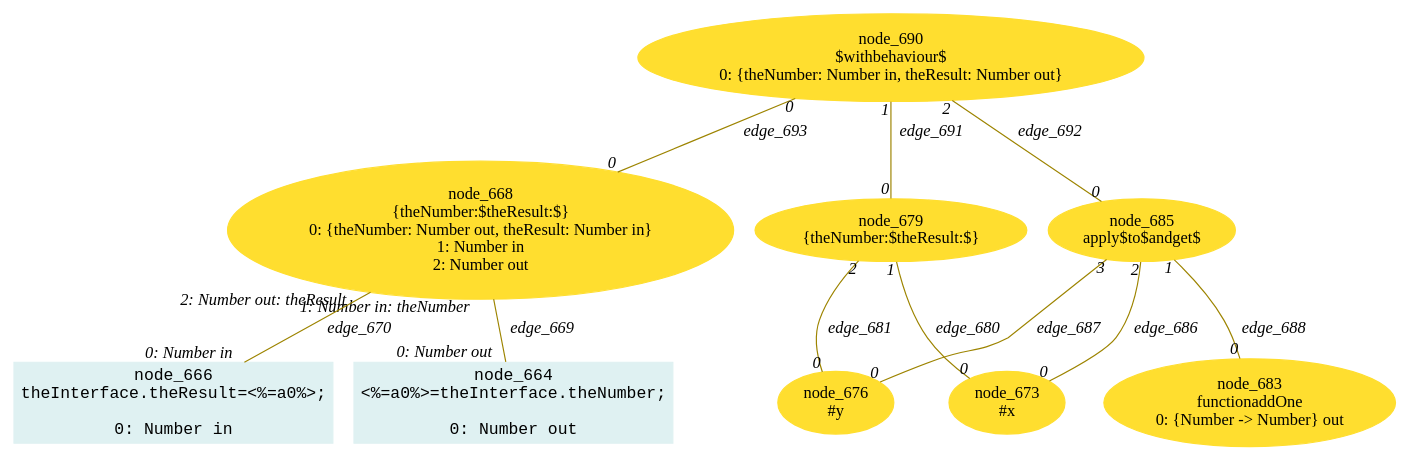
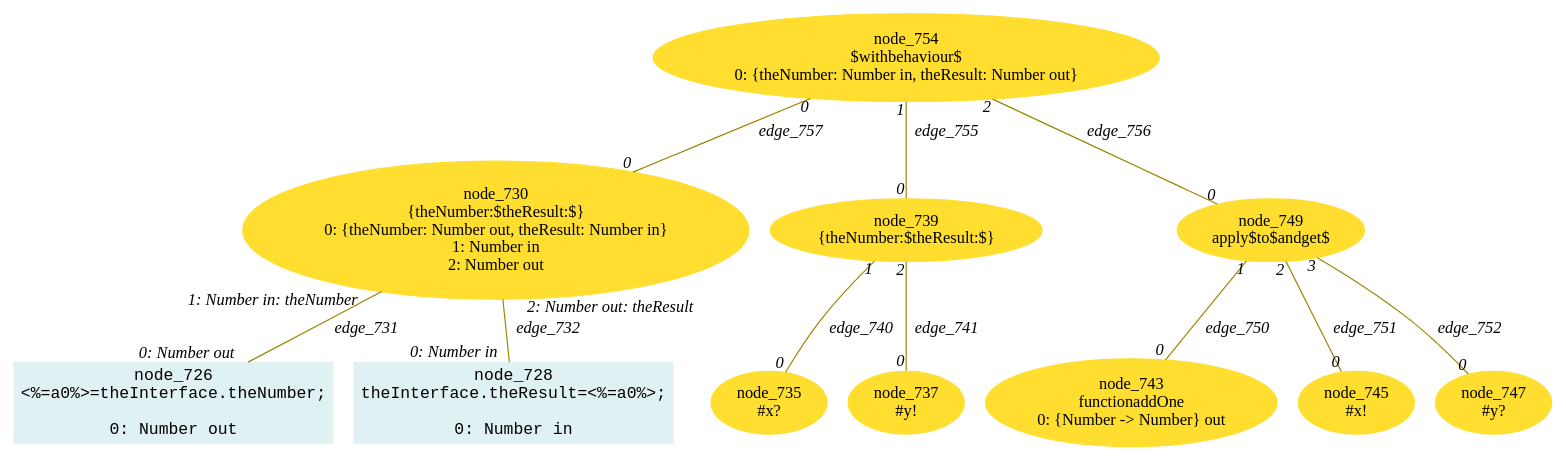
One commit to crubier/lidl changed the diagram in lidl-core/example/ok/compilationExampleThesis/dot/13referentialTransparencyInstances1.dot. Above: the diagram before and after it, drawn with Graphviz. The commit also changed 2396 other files, not shown here.

Commit message:
ok but make flow does not work

```diff
--- a/lidl-core/example/ok/compilationExampleThesis/dot/13referentialTransparencyInstances1.dot
+++ b/lidl-core/example/ok/compilationExampleThesis/dot/13referentialTransparencyInstances1.dot
@@ -1,42 +1,48 @@
-digraph g{node_664 [shape="box", style="filled", color="#dff1f2", fontname="Courier", label="node_664
+digraph g{node_726 [shape="box", style="filled", color="#dff1f2", fontname="Courier", label="node_726
 <%=a0%>=theInterface.theNumber;
 
 0: Number out" ]
-node_666 [shape="box", style="filled", color="#dff1f2", fontname="Courier", label="node_666
+node_728 [shape="box", style="filled", color="#dff1f2", fontname="Courier", label="node_728
 theInterface.theResult=<%=a0%>;
 
 0: Number in" ]
-node_668 [shape="ellipse", style="filled", color="#ffde2f", fontname="Times", label="node_668
+node_730 [shape="ellipse", style="filled", color="#ffde2f", fontname="Times", label="node_730
 {theNumber:$theResult:$}
 0: {theNumber: Number out, theResult: Number in}
 1: Number in
 2: Number out" ]
-node_673 [shape="ellipse", style="filled", color="#ffde2f", fontname="Times", label="node_673
-#x
+node_735 [shape="ellipse", style="filled", color="#ffde2f", fontname="Times", label="node_735
+#x?
 " ]
-node_676 [shape="ellipse", style="filled", color="#ffde2f", fontname="Times", label="node_676
-#y
+node_737 [shape="ellipse", style="filled", color="#ffde2f", fontname="Times", label="node_737
+#y!
 " ]
-node_679 [shape="ellipse", style="filled", color="#ffde2f", fontname="Times", label="node_679
+node_739 [shape="ellipse", style="filled", color="#ffde2f", fontname="Times", label="node_739
 {theNumber:$theResult:$}
 " ]
-node_683 [shape="ellipse", style="filled", color="#ffde2f", fontname="Times", label="node_683
+node_743 [shape="ellipse", style="filled", color="#ffde2f", fontname="Times", label="node_743
 functionaddOne
 0: {Number -> Number} out" ]
-node_685 [shape="ellipse", style="filled", color="#ffde2f", fontname="Times", label="node_685
+node_745 [shape="ellipse", style="filled", color="#ffde2f", fontname="Times", label="node_745
+#x!
+" ]
+node_747 [shape="ellipse", style="filled", color="#ffde2f", fontname="Times", label="node_747
+#y?
+" ]
+node_749 [shape="ellipse", style="filled", color="#ffde2f", fontname="Times", label="node_749
 apply$to$andget$
 " ]
-node_690 [shape="ellipse", style="filled", color="#ffde2f", fontname="Times", label="node_690
+node_754 [shape="ellipse", style="filled", color="#ffde2f", fontname="Times", label="node_754
 $withbehaviour$
 0: {theNumber: Number in, theResult: Number out}" ]
-node_668 -> node_664 [dir=none, arrowHead=none, fontname="Times-Italic", arrowsize=1, color="#9d8400", label="edge_669",  headlabel="0: Number out", taillabel="1: Number in: theNumber" ]
-node_668 -> node_666 [dir=none, arrowHead=none, fontname="Times-Italic", arrowsize=1, color="#9d8400", label="edge_670",  headlabel="0: Number in", taillabel="2: Number out: theResult" ]
-node_679 -> node_673 [dir=none, arrowHead=none, fontname="Times-Italic", arrowsize=1, color="#9d8400", label="edge_680",  headlabel="0", taillabel="1" ]
-node_679 -> node_676 [dir=none, arrowHead=none, fontname="Times-Italic", arrowsize=1, color="#9d8400", label="edge_681",  headlabel="0", taillabel="2" ]
-node_685 -> node_673 [dir=none, arrowHead=none, fontname="Times-Italic", arrowsize=1, color="#9d8400", label="edge_686",  headlabel="0", taillabel="2" ]
-node_685 -> node_676 [dir=none, arrowHead=none, fontname="Times-Italic", arrowsize=1, color="#9d8400", label="edge_687",  headlabel="0", taillabel="3" ]
-node_685 -> node_683 [dir=none, arrowHead=none, fontname="Times-Italic", arrowsize=1, color="#9d8400", label="edge_688",  headlabel="0", taillabel="1" ]
-node_690 -> node_679 [dir=none, arrowHead=none, fontname="Times-Italic", arrowsize=1, color="#9d8400", label="edge_691",  headlabel="0", taillabel="1" ]
-node_690 -> node_685 [dir=none, arrowHead=none, fontname="Times-Italic", arrowsize=1, color="#9d8400", label="edge_692",  headlabel="0", taillabel="2" ]
-node_690 -> node_668 [dir=none, arrowHead=none, fontname="Times-Italic", arrowsize=1, color="#9d8400", label="edge_693",  headlabel="0", taillabel="0" ]
+node_730 -> node_726 [dir=none, arrowHead=none, fontname="Times-Italic", arrowsize=1, color="#9d8400", label="edge_731",  headlabel="0: Number out", taillabel="1: Number in: theNumber" ]
+node_730 -> node_728 [dir=none, arrowHead=none, fontname="Times-Italic", arrowsize=1, color="#9d8400", label="edge_732",  headlabel="0: Number in", taillabel="2: Number out: theResult" ]
+node_739 -> node_735 [dir=none, arrowHead=none, fontname="Times-Italic", arrowsize=1, color="#9d8400", label="edge_740",  headlabel="0", taillabel="1" ]
+node_739 -> node_737 [dir=none, arrowHead=none, fontname="Times-Italic", arrowsize=1, color="#9d8400", label="edge_741",  headlabel="0", taillabel="2" ]
+node_749 -> node_743 [dir=none, arrowHead=none, fontname="Times-Italic", arrowsize=1, color="#9d8400", label="edge_750",  headlabel="0", taillabel="1" ]
+node_749 -> node_745 [dir=none, arrowHead=none, fontname="Times-Italic", arrowsize=1, color="#9d8400", label="edge_751",  headlabel="0", taillabel="2" ]
+node_749 -> node_747 [dir=none, arrowHead=none, fontname="Times-Italic", arrowsize=1, color="#9d8400", label="edge_752",  headlabel="0", taillabel="3" ]
+node_754 -> node_739 [dir=none, arrowHead=none, fontname="Times-Italic", arrowsize=1, color="#9d8400", label="edge_755",  headlabel="0", taillabel="1" ]
+node_754 -> node_749 [dir=none, arrowHead=none, fontname="Times-Italic", arrowsize=1, color="#9d8400", label="edge_756",  headlabel="0", taillabel="2" ]
+node_754 -> node_730 [dir=none, arrowHead=none, fontname="Times-Italic", arrowsize=1, color="#9d8400", label="edge_757",  headlabel="0", taillabel="0" ]
 }
```
